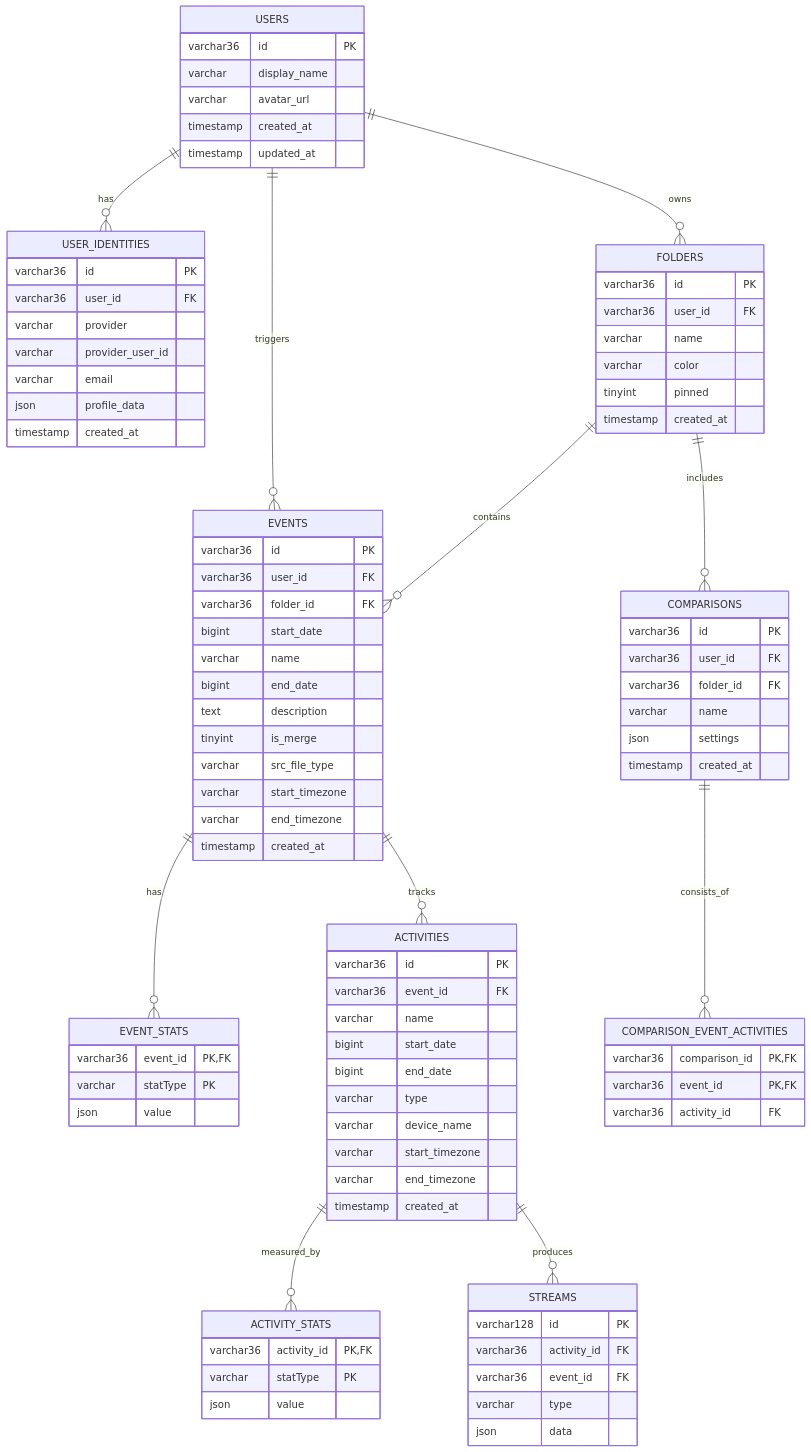
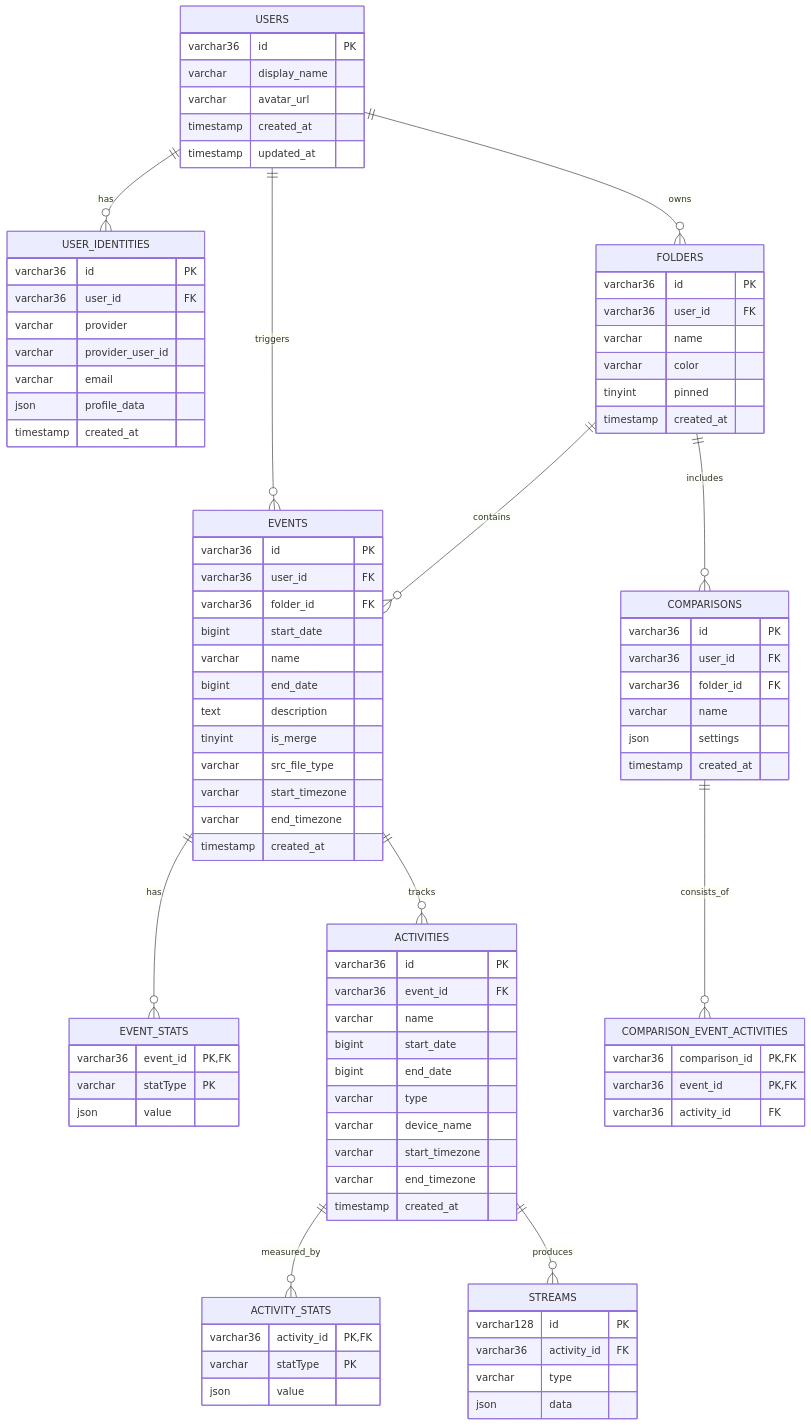
One commit to luispabon/OpenFitLab changed the diagram in docs/ARCHITECTURE.md. Above: the diagram before and after it, drawn with Mermaid. The commit also changed 11 other files, not shown here.

```diff
--- a/docs/ARCHITECTURE.md
+++ b/docs/ARCHITECTURE.md
@@ -215,7 +215,6 @@
     STREAMS {
         varchar128 id PK
         varchar36 activity_id FK
-        varchar36 event_id FK
         varchar type
         json data
     }
```
